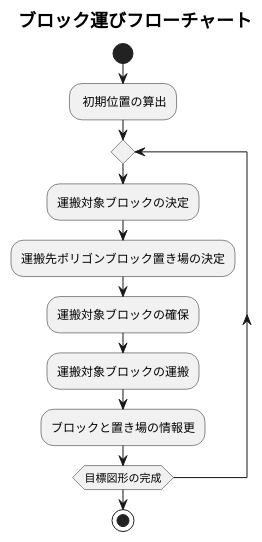
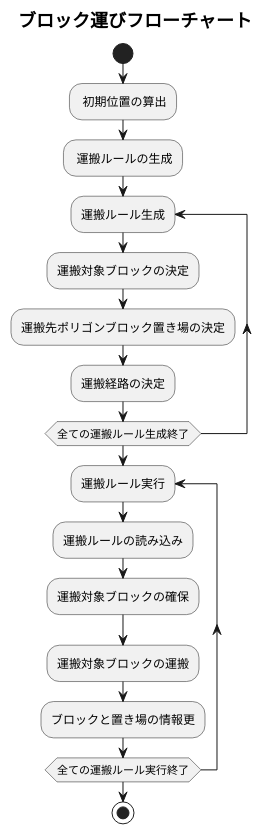
The diagram in 分析モデル/ブロック運びフローチャート.puml (TK-R/ET2017-UML), drawn with PlantUML before and after one commit.

Commit message:
ブロック並べのフローチャートを更新

```diff
--- a/分析モデル/ブロック運びフローチャート.puml
+++ b/分析モデル/ブロック運びフローチャート.puml
@@ -1,18 +1,25 @@
 @startuml
 title <size:18>ブロック運びフローチャート</size>
 
 
 start
 : 初期位置の算出;
+: 運搬ルールの生成;
 
-repeat 
+repeat :運搬ルール生成;
 	:運搬対象ブロックの決定;
 	:運搬先ポリゴンブロック置き場の決定;
+	:運搬経路の決定;
+repeat while (全ての運搬ルール生成終了);
+
+repeat :運搬ルール実行;
+	:運搬ルールの読み込み;
 	:運搬対象ブロックの確保;
 	:運搬対象ブロックの運搬;
-	:ブロックと置き場の情報更;
-repeat while (目標図形の完成);
+	:ブロックと置き場の情報更; 
+repeat while (全ての運搬ルール実行終了);
+
 stop
 
 
 @enduml
```
